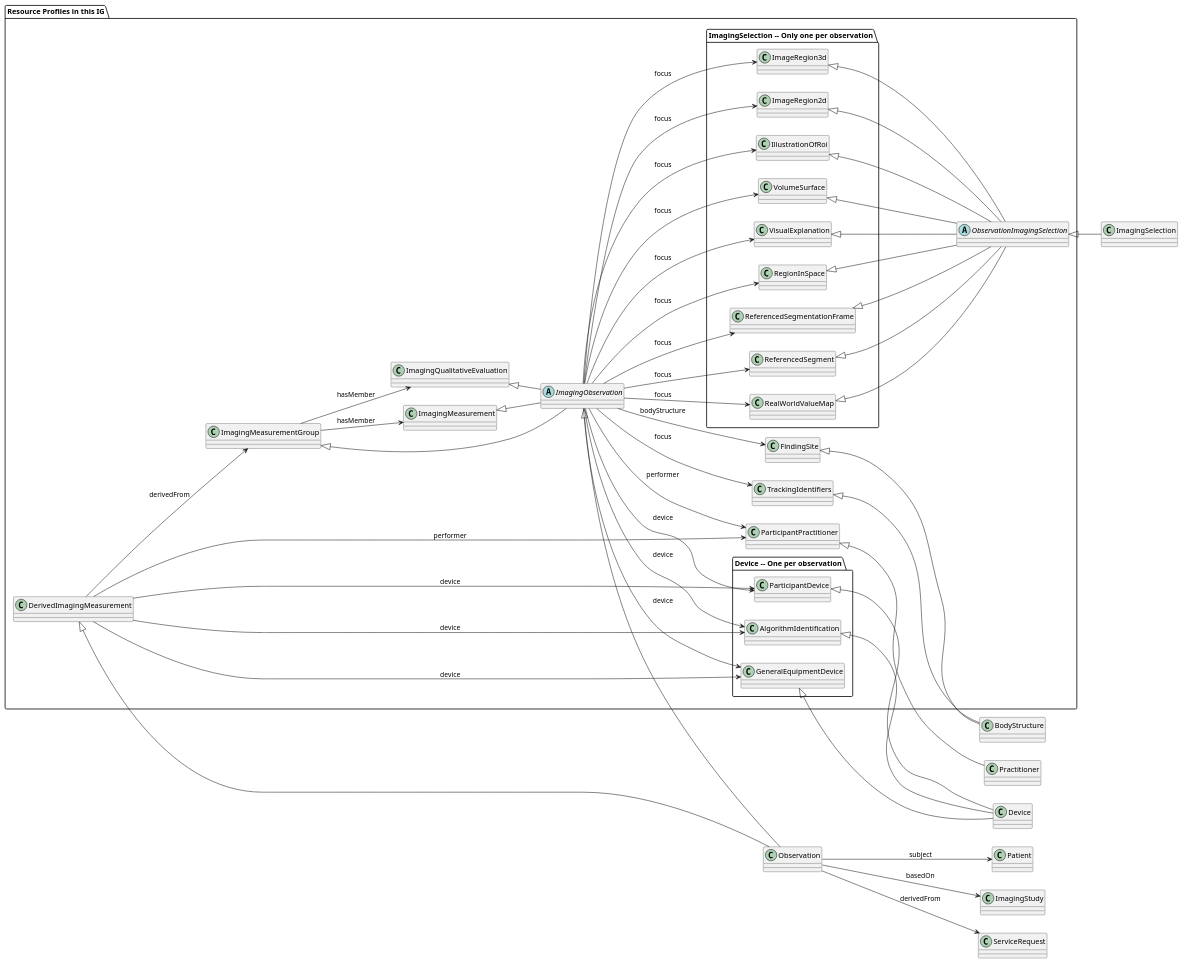
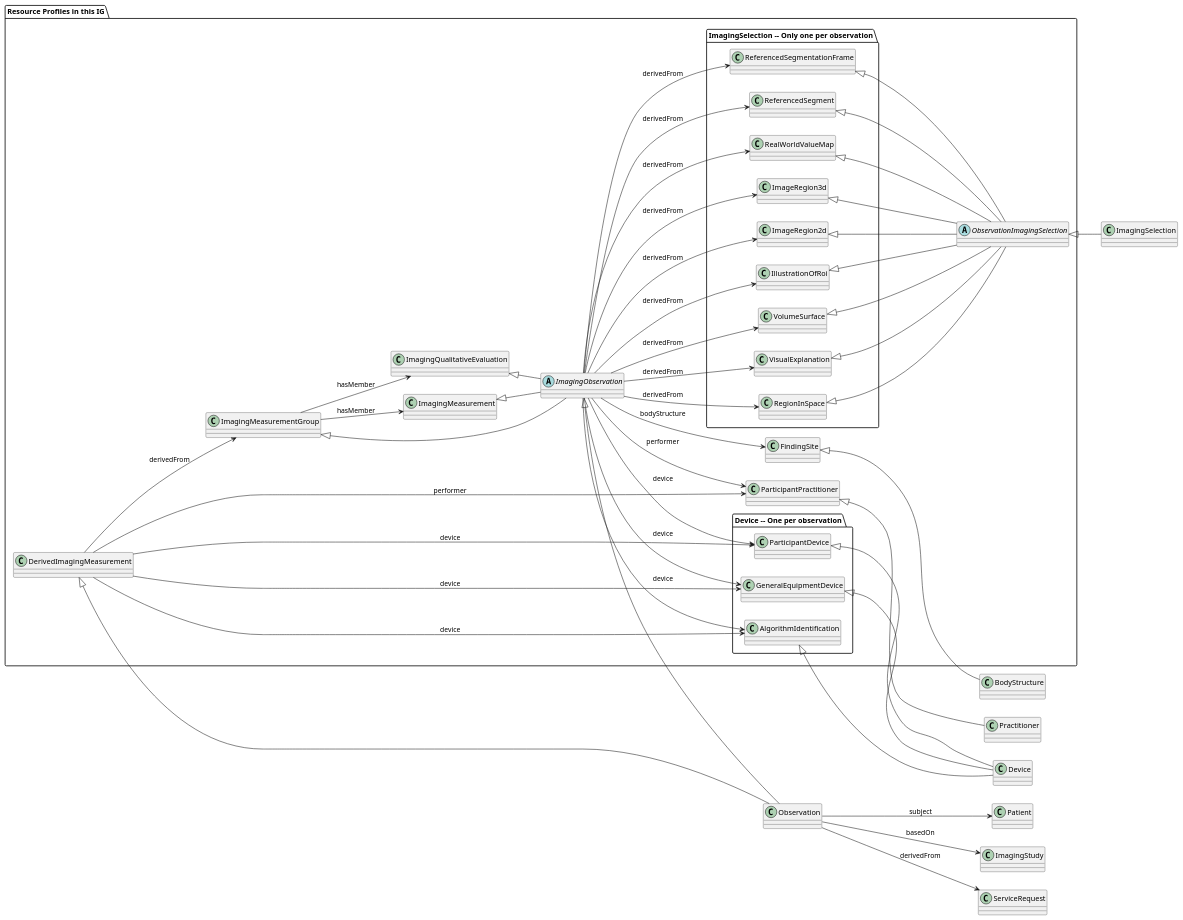
The diagram in input/images-source/dicom_sr_resource_relationships.plantuml (HL7/dicom-sr), drawn with PlantUML before and after one commit. The commit also changed 20 other files, not shown here.

Commit message:
FHIR-47943 - Added bodyStructureFindingSite to ImagingSelection-Abstract-ObservationImagingSelection.fsh - Updated mapping diagram to copy it (and other elements) from parent measurement group -- Also fixed diagrams to shift away from focus

```diff
--- a/input/images-source/dicom_sr_resource_relationships.plantuml
+++ b/input/images-source/dicom_sr_resource_relationships.plantuml
@@ -1,101 +1,98 @@
 @startuml dicom_sr_resource_relationships
 left to right direction
 
 class Patient
 class ImagingStudy
 class ServiceRequest
 class Device
 class Practitioner
 class Observation
 class ImagingSelection
 class BodyStructure
 
 package "Resource Profiles in this IG" {
     package "Device -- One per observation" {
         class GeneralEquipmentDevice
         class ParticipantDevice
         class AlgorithmIdentification
     }
 
     class ParticipantPractitioner
 
     abstract ObservationImagingSelection
     package "ImagingSelection -- Only one per observation" {
         class IllustrationOfRoi
         class ImageRegion2d
         Class ImageRegion3d
         class RealWorldValueMap
         class ReferencedSegment
         class ReferencedSegmentationFrame
         class RegionInSpace
         class VisualExplanation
         class VolumeSurface
     }
 
     class FindingSite
-    class TrackingIdentifiers
 
     abstract ImagingObservation
     class ImagingMeasurementGroup
     class ImagingMeasurement
     class ImagingQualitativeEvaluation
     class DerivedImagingMeasurement
 }
 GeneralEquipmentDevice <|-- Device
 ParticipantDevice <|-- Device
 AlgorithmIdentification <|-- Device
 
 ParticipantPractitioner <|-- Practitioner
 
 ImagingObservation <|-- Observation
 ImagingMeasurementGroup <|-- ImagingObservation
 ImagingMeasurement <|-- ImagingObservation
 ImagingQualitativeEvaluation <|-- ImagingObservation
 DerivedImagingMeasurement <|-- Observation
 
 ObservationImagingSelection <|-- ImagingSelection
 IllustrationOfRoi <|-- ObservationImagingSelection
 ImageRegion2d <|-- ObservationImagingSelection
 ImageRegion3d <|-- ObservationImagingSelection
 RealWorldValueMap <|-- ObservationImagingSelection
 ReferencedSegment <|-- ObservationImagingSelection
 ReferencedSegmentationFrame <|-- ObservationImagingSelection
 RegionInSpace <|-- ObservationImagingSelection
 VisualExplanation <|-- ObservationImagingSelection
 VolumeSurface <|-- ObservationImagingSelection
 
 FindingSite <|-- BodyStructure
-TrackingIdentifiers <|-- BodyStructure
 
 Observation --> Patient: subject
 Observation --> ImagingStudy: basedOn
 Observation --> ServiceRequest: derivedFrom
 
 ImagingObservation --> GeneralEquipmentDevice: device
 ImagingObservation --> ParticipantDevice: device
 ImagingObservation --> AlgorithmIdentification: device
 ImagingObservation --> ParticipantPractitioner: performer
 DerivedImagingMeasurement --> GeneralEquipmentDevice: device
 DerivedImagingMeasurement --> ParticipantDevice: device
 DerivedImagingMeasurement --> AlgorithmIdentification: device
 DerivedImagingMeasurement --> ParticipantPractitioner: performer
 
 ImagingObservation --> FindingSite: bodyStructure
-ImagingObservation --> TrackingIdentifiers: focus
 
-ImagingObservation --> IllustrationOfRoi: focus
-ImagingObservation --> ImageRegion2d: focus
-ImagingObservation --> ImageRegion3d: focus
-ImagingObservation --> RealWorldValueMap: focus
-ImagingObservation --> ReferencedSegment: focus
-ImagingObservation --> ReferencedSegmentationFrame: focus
-ImagingObservation --> RegionInSpace: focus
-ImagingObservation --> VisualExplanation: focus
-ImagingObservation --> VolumeSurface: focus
+ImagingObservation --> IllustrationOfRoi: derivedFrom
+ImagingObservation --> ImageRegion2d: derivedFrom
+ImagingObservation --> ImageRegion3d: derivedFrom
+ImagingObservation --> RealWorldValueMap: derivedFrom
+ImagingObservation --> ReferencedSegment: derivedFrom
+ImagingObservation --> ReferencedSegmentationFrame: derivedFrom
+ImagingObservation --> RegionInSpace: derivedFrom
+ImagingObservation --> VisualExplanation: derivedFrom
+ImagingObservation --> VolumeSurface: derivedFrom
 
 ImagingMeasurementGroup --> ImagingMeasurement: hasMember
 ImagingMeasurementGroup --> ImagingQualitativeEvaluation: hasMember
 
 DerivedImagingMeasurement --> ImagingMeasurementGroup: derivedFrom
 
 @enduml
```
